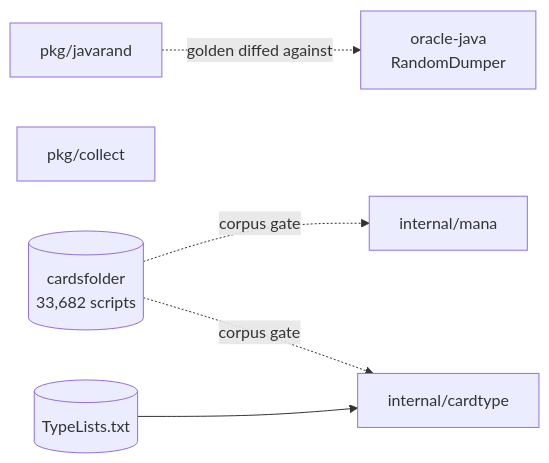
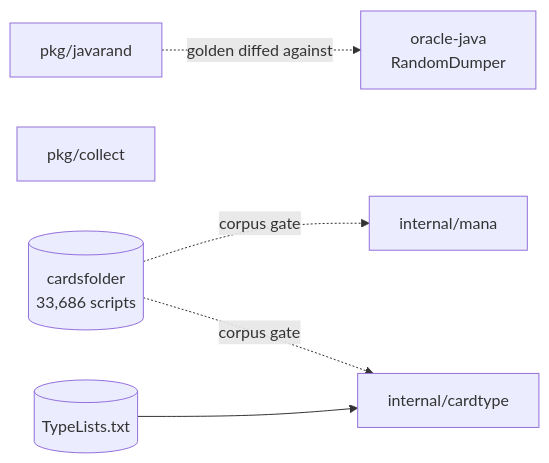
The diagram in docs/crucible/architecture/module-map.md (Card-Forge/forge), drawn with Mermaid before and after one commit. The commit also changed 21 other files, not shown here.

````diff
--- a/docs/crucible/architecture/module-map.md
+++ b/docs/crucible/architecture/module-map.md
@@ -56,8 +56,8 @@
 ```mermaid
 flowchart LR
   javarand["pkg/javarand"] -. "golden diffed against" .-> oracle["oracle-java<br/>RandomDumper"]
   collect["pkg/collect"]
-  scripts[("cardsfolder<br/>33,682 scripts")] -. "corpus gate" .-> mana["internal/mana"]
+  scripts[("cardsfolder<br/>33,686 scripts")] -. "corpus gate" .-> mana["internal/mana"]
   scripts -. "corpus gate" .-> ct["internal/cardtype"]
   lists[("TypeLists.txt")] --> ct
 ```
````
